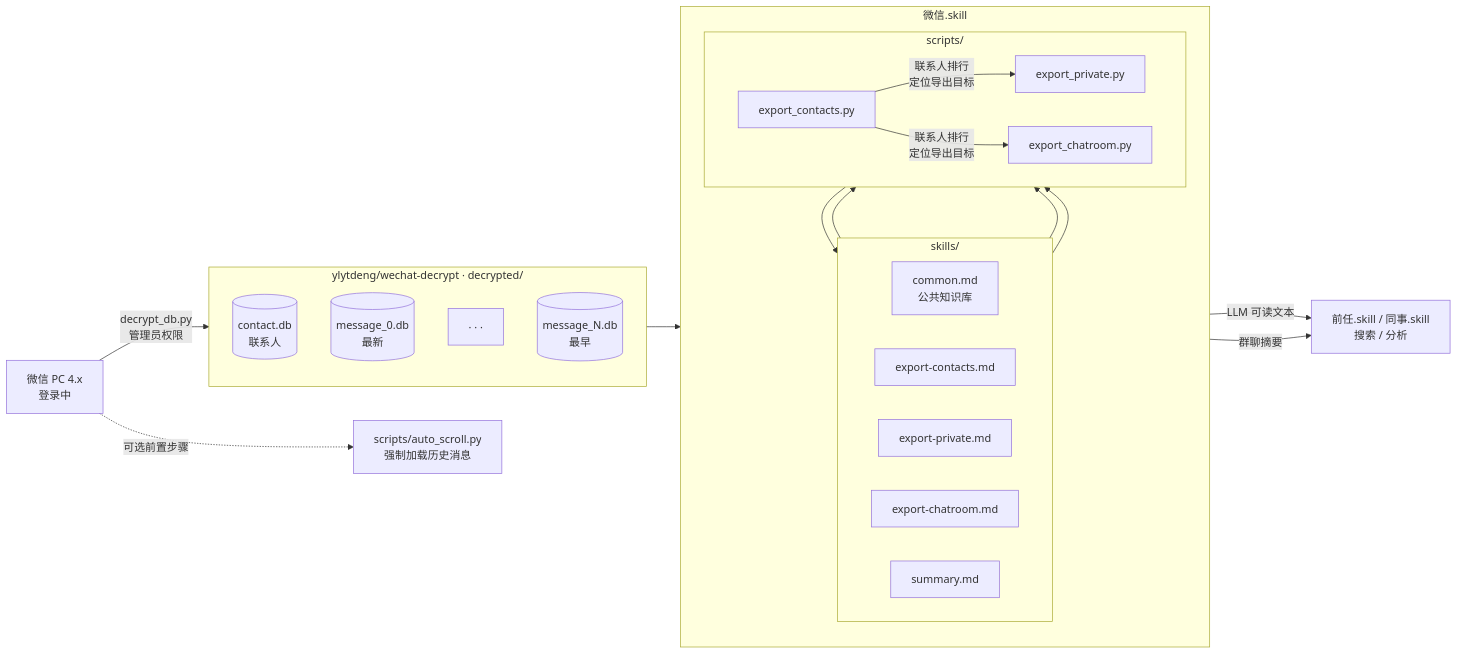
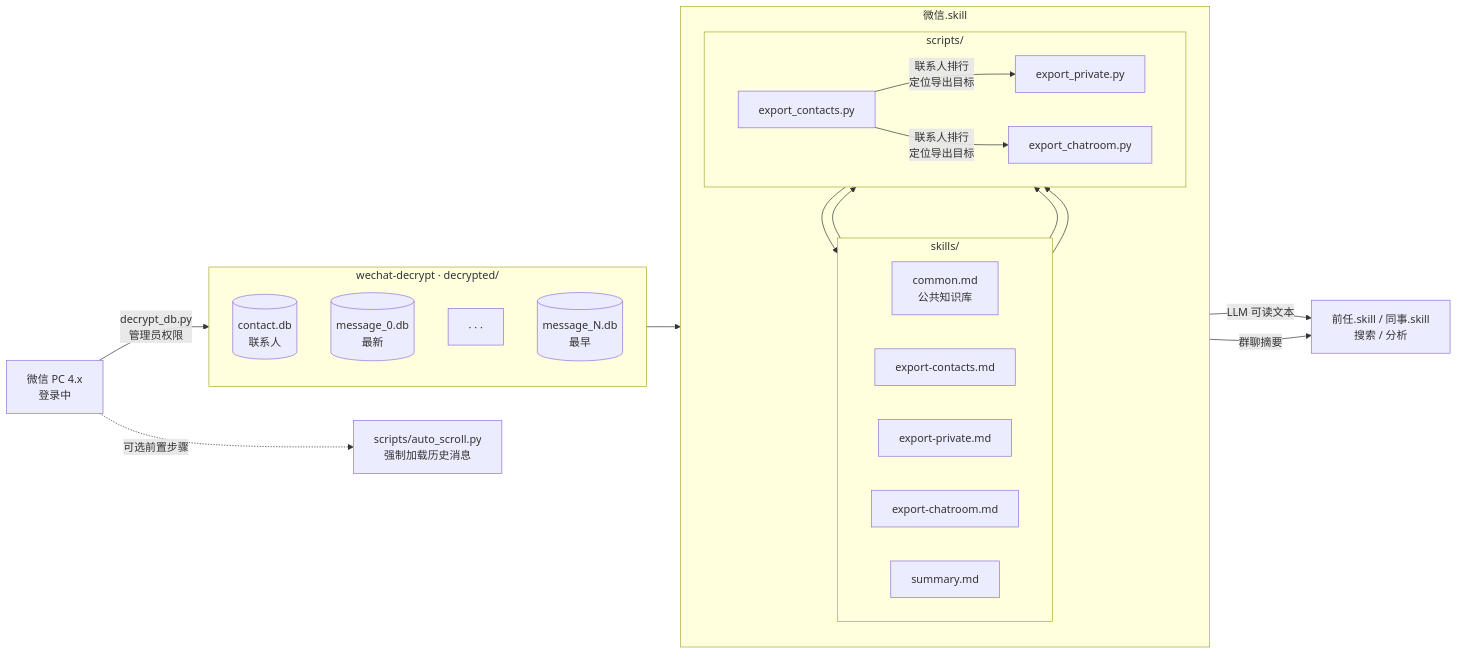
The diagram in README.md (chengmarc/wechat-to-LLM), drawn with Mermaid before and after one commit. The commit also changed other lines of this file, not shown here.

````diff
--- a/README.md
+++ b/README.md
@@ -94,44 +83,44 @@
 ```mermaid
 flowchart LR
     WX["微信 PC 4.x\n登录中"]
     SCR["scripts/auto_scroll.py\n强制加载历史消息"]
     WX -.->|"可选前置步骤"| SCR
 
     WX -->|"decrypt_db.py\n管理员权限"| DB
 
-    subgraph DB ["ylytdeng/wechat-decrypt · decrypted/"]
+    subgraph DB ["wechat-decrypt · decrypted/"]
         direction TB
         C[("contact.db\n联系人")]
         M0[("message_0.db\n最新")]
         Mdot["· · ·"]
         MN[("message_N.db\n最早")]
     end
 
     DB --> SK
 
     subgraph SK ["微信.skill"]
         direction TB
         subgraph SL ["skills/"]
             direction LR
             COM["common.md\n公共知识库"]
             SCON["export-contacts.md"]
             SPRI["export-private.md"]
             SGRP["export-chatroom.md"]
             SSUM["summary.md"]
         end
         subgraph SC ["scripts/"]
             direction LR
             PCON["export_contacts.py"]
             PPRI["export_private.py"]
             PGRP["export_chatroom.py"]
         end
         SCON --> PCON
         SPRI --> PPRI
         SGRP --> PGRP
     end
 
     PCON -->|"联系人排行\n定位导出目标"| PPRI & PGRP
     PPRI -->|"LLM 可读文本"| OUT["前任.skill / 同事.skill\n搜索 / 分析"]
     PGRP --> SSUM
     SSUM -->|"群聊摘要"| OUT
 ```
````
